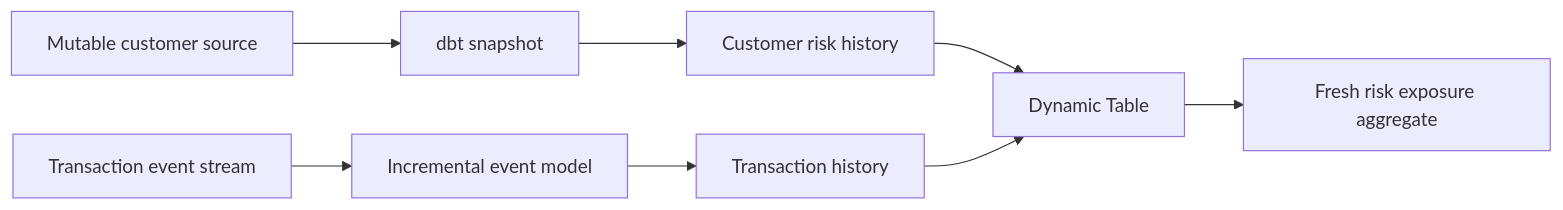
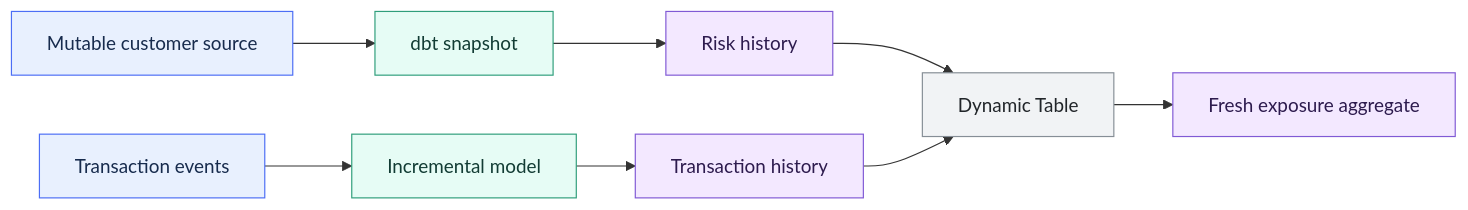
The second of 2 diagrams in 02 dbt/04 Incremental Processing and Performance/35 Snapshots vs Incremental Models vs Dynamic Tables.md (shonningsoy/Upskill), drawn with Mermaid before and after one commit. The commit also changed other lines of this file and 31 other files, not shown here.

````diff
--- a/02 dbt/04 Incremental Processing and Performance/35 Snapshots vs Incremental Models vs Dynamic Tables.md
+++ b/02 dbt/04 Incremental Processing and Performance/35 Snapshots vs Incremental Models vs Dynamic Tables.md
@@ -95,10 +106,20 @@
 ```mermaid
 flowchart LR
     A[Mutable customer source] --> B[dbt snapshot]
-    B --> C[Customer risk history]
-    D[Transaction event stream] --> E[Incremental event model]
+    B --> C[Risk history]
+    D[Transaction events] --> E[Incremental model]
     E --> F[Transaction history]
     C --> G[Dynamic Table]
     F --> G
-    G --> H[Fresh risk exposure aggregate]
+    G --> H[Fresh exposure aggregate]
+
+    classDef input fill:#E8F0FE,stroke:#4C6EF5,color:#172B4D
+    classDef control fill:#FFF3BF,stroke:#D69E2E,color:#3D2E00
+    classDef dbt fill:#E6FCF5,stroke:#2F9E7B,color:#123C34
+    classDef platform fill:#F1F3F5,stroke:#868E96,color:#212529
+    classDef output fill:#F3E8FF,stroke:#805AD5,color:#2D1B4E
+    class A,D input
+    class B,E dbt
+    class G platform
+    class C,F,H output
 ```
````
